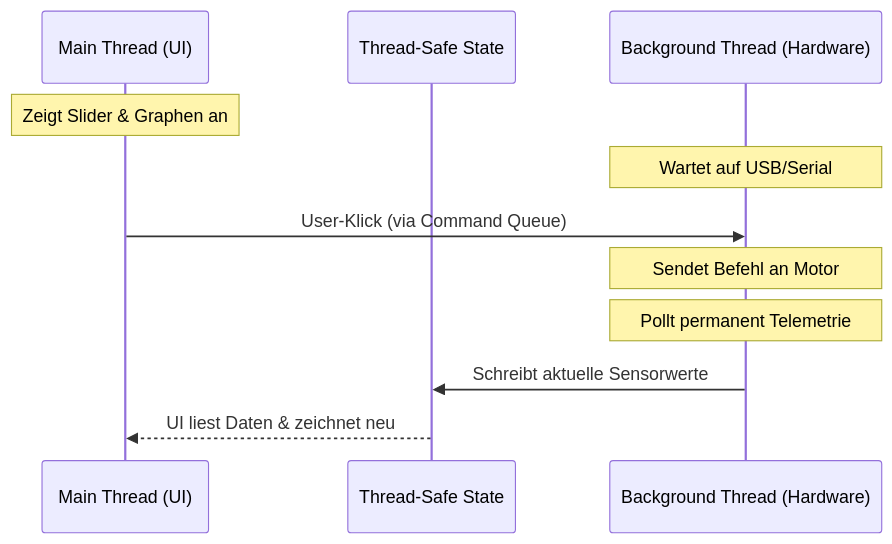
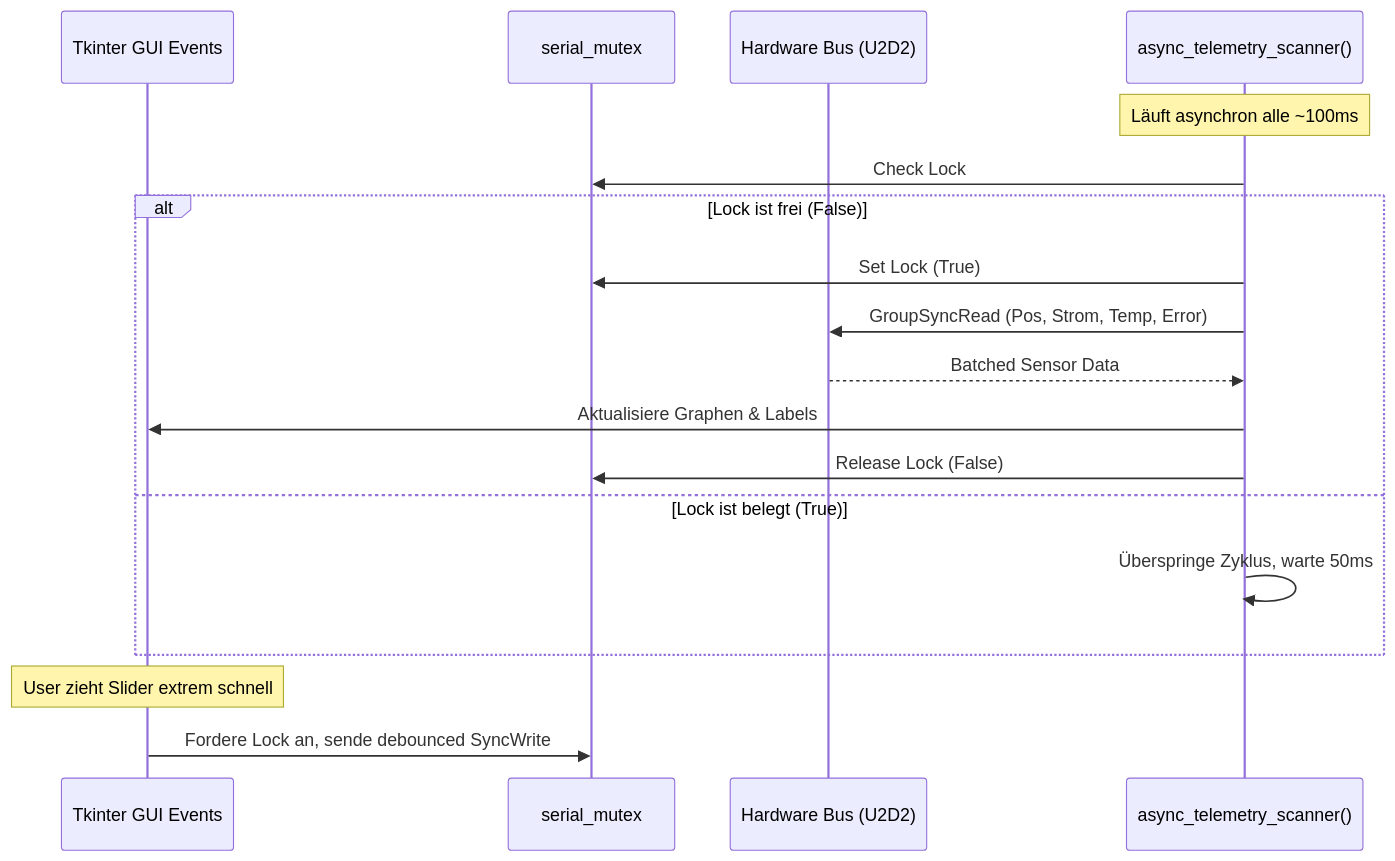
Before and after one commit to NoNameTechnology/RobotHand: the second of 2 diagrams in README.md, drawn with Mermaid. The commit also changed other lines of this file and 3 other files, not shown here.

Commit message:
refactor: consolidate project architecture into a single-file application and add global keyboard shortcuts for control

````diff
--- a/README.md
+++ b/README.md
@@ -100,16 +103,23 @@
 ```mermaid
 sequenceDiagram
-    participant UI as Main Thread (UI)
-    participant State as Thread-Safe State
-    participant HW as Background Thread (Hardware)
+    participant UI as Tkinter GUI Events
+    participant Mutex as serial_mutex
+    participant HW as Hardware Bus (U2D2)
+    participant Telemetry as async_telemetry_scanner()
     
-    Note over UI: Zeigt Slider & Graphen an
-    Note over HW: Wartet auf USB/Serial
+    Note over Telemetry: Läuft asynchron alle ~100ms
     
-    UI->>HW: User-Klick (via Command Queue)
-    Note over HW: Sendet Befehl an Motor
+    Telemetry->>Mutex: Check Lock
+    alt Lock ist frei (False)
+        Telemetry->>Mutex: Set Lock (True)
+        Telemetry->>HW: GroupSyncRead (Pos, Strom, Temp, Error)
+        HW-->>Telemetry: Batched Sensor Data
+        Telemetry->>UI: Aktualisiere Graphen & Labels
+        Telemetry->>Mutex: Release Lock (False)
+    else Lock ist belegt (True)
+        Telemetry->>Telemetry: Überspringe Zyklus, warte 50ms
+    end
     
-    Note over HW: Pollt permanent Telemetrie
-    HW->>State: Schreibt aktuelle Sensorwerte
-    State-->>UI: UI liest Daten & zeichnet neu
+    Note over UI: User zieht Slider extrem schnell
+    UI->>Mutex: Fordere Lock an, sende debounced SyncWrite
 ```
````
